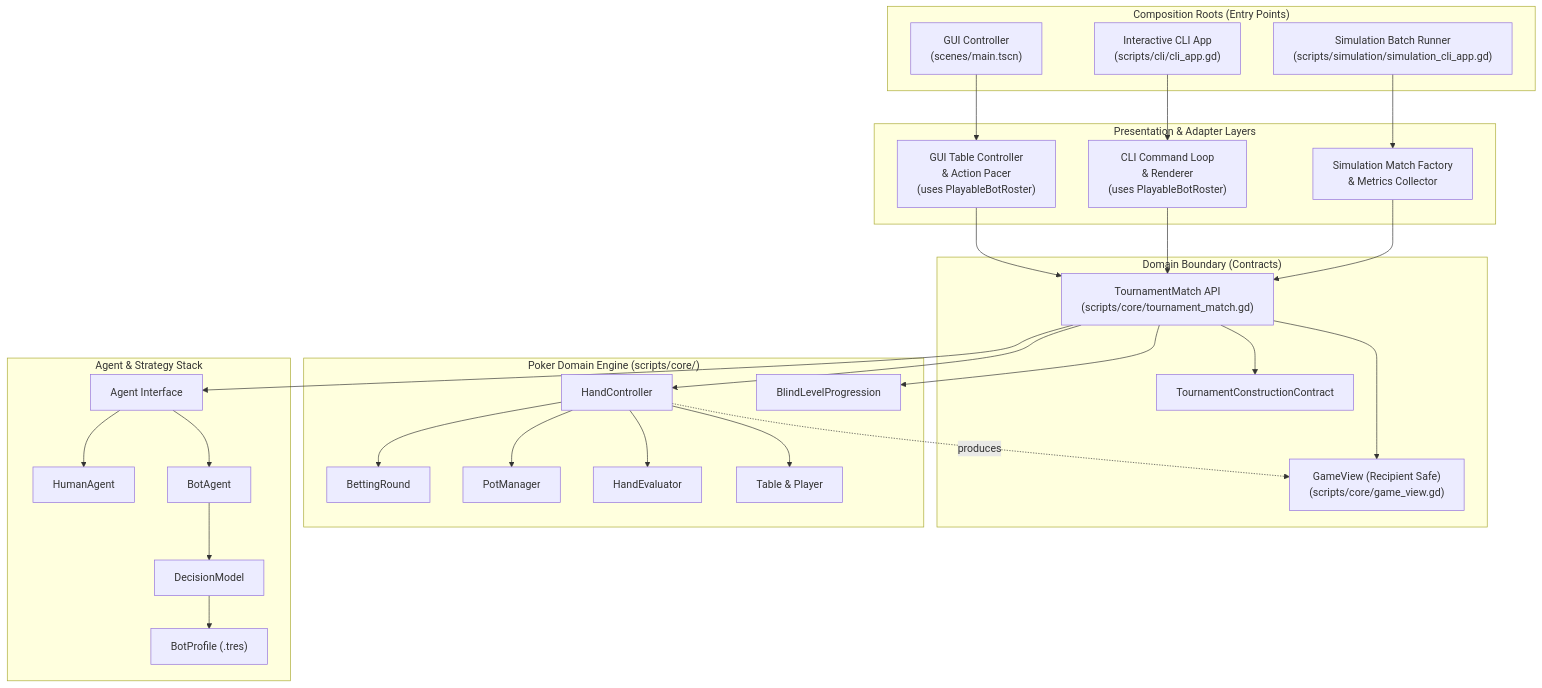
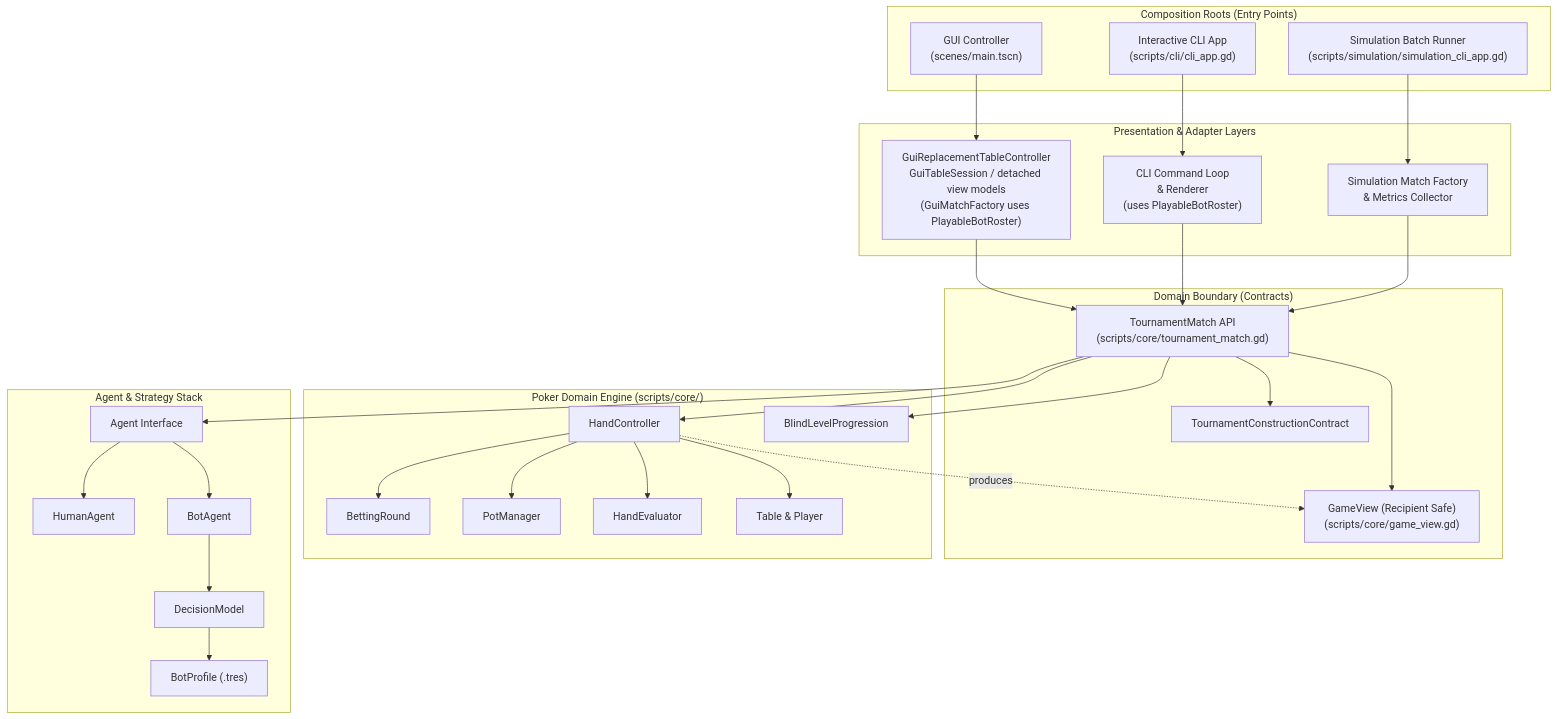
One commit to rofferdal/pokahdot changed the first of 3 diagrams in devdocs/reference/architecture.md. Above: the diagram before and after it, drawn with Mermaid. The commit also changed other lines of this file and 93 other files, not shown here.

````diff
--- a/devdocs/reference/architecture.md
+++ b/devdocs/reference/architecture.md
@@ -11,62 +16,62 @@
 ```mermaid
 flowchart TD
     subgraph CompositionRoots["Composition Roots (Entry Points)"]
         GUI_Root["GUI Controller\n(scenes/main.tscn)"]
         CLI_Root["Interactive CLI App\n(scripts/cli/cli_app.gd)"]
         SIM_Root["Simulation Batch Runner\n(scripts/simulation/simulation_cli_app.gd)"]
     end
 
     subgraph Adapters["Presentation & Adapter Layers"]
-        GUI_Adapter["GUI Table Controller\n& Action Pacer\n(uses PlayableBotRoster)"]
+        GUI_Adapter["GuiReplacementTableController\nGuiTableSession / detached view models\n(GuiMatchFactory uses PlayableBotRoster)"]
         CLI_Adapter["CLI Command Loop\n& Renderer\n(uses PlayableBotRoster)"]
         SIM_Adapter["Simulation Match Factory\n& Metrics Collector"]
     end
 
     subgraph Boundaries["Domain Boundary (Contracts)"]
         TM["TournamentMatch API\n(scripts/core/tournament_match.gd)"]
         GV["GameView (Recipient Safe)\n(scripts/core/game_view.gd)"]
         TCC["TournamentConstructionContract"]
     end
 
     subgraph CoreEngine["Poker Domain Engine (scripts/core/)"]
         HC["HandController"]
         BR["BettingRound"]
         PM["PotManager"]
         HE["HandEvaluator"]
         BLP["BlindLevelProgression"]
         TBL["Table & Player"]
     end
 
     subgraph AgentLayer["Agent & Strategy Stack"]
         AG["Agent Interface"]
         HA["HumanAgent"]
         BA["BotAgent"]
         DM["DecisionModel"]
         BP["BotProfile (.tres)"]
     end
 
     GUI_Root --> GUI_Adapter
     CLI_Root --> CLI_Adapter
     SIM_Root --> SIM_Adapter
 
     GUI_Adapter --> TM
     CLI_Adapter --> TM
     SIM_Adapter --> TM
 
     TM --> HC
     HC --> BR
     HC --> PM
     HC --> HE
     TM --> BLP
     HC --> TBL
 
     TM --> GV
     TM --> TCC
     HC -.->|produces| GV
 
     TM --> AG
     AG --> HA
     AG --> BA
     BA --> DM
     DM --> BP
 ```
````
